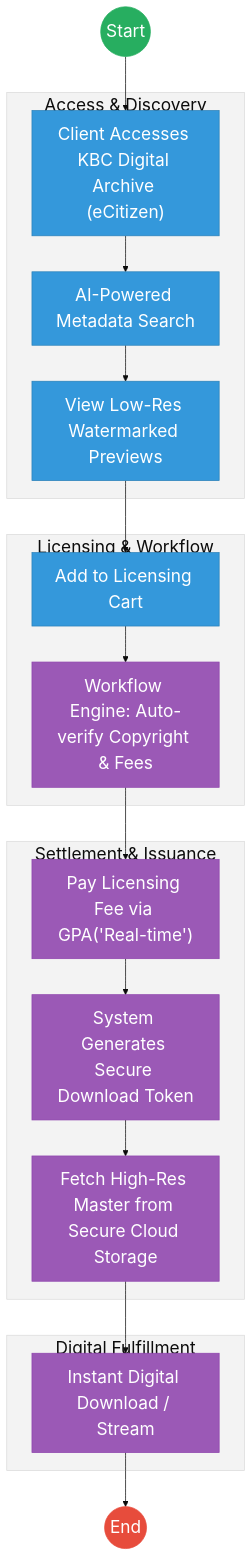
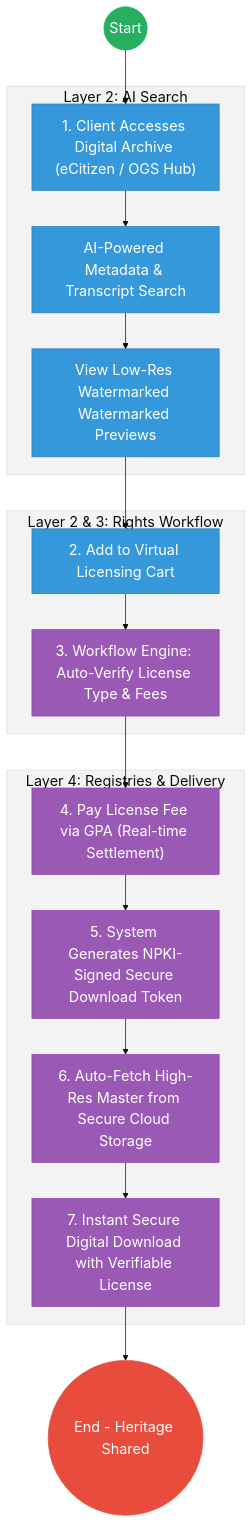
One commit to BITZ-IT-Consulting-LTD/ictapoc changed the second of 2 diagrams in mdas/docs_final/priority_mdas/Kenya_Broadcasting_Corporation___Service_Delivery.md. Above: the diagram before and after it, drawn with Mermaid. The commit also changed other lines of this file and 37 other files, not shown here.

````diff
--- a/mdas/docs_final/priority_mdas/Kenya_Broadcasting_Corporation___Service_Delivery.md
+++ b/mdas/docs_final/priority_mdas/Kenya_Broadcasting_Corporation___Service_Delivery.md
@@ -123,36 +111,34 @@
 ```mermaid
-%%{init: { 'theme': 'base', 'themeVariables': { 'fontSize': '24px', 'fontFamily': 'Inter, system-ui, sans-serif', 'primaryColor': '#ffffff', 'edgeLabelBackground':'#ffffff', 'tertiaryColor': '#f3f3f3', 'mainBkg': '#ffffff', 'nodeBorder': '#333333' } } }%%
-graph TD
-    Start((Start)) --> Portal["Client Accesses KBC Digital Archive (eCitizen)"]
+%%{init: { 'theme': 'base', 'themeVariables': { 'fontSize': '20px', 'fontFamily': 'Inter, system-ui, sans-serif', 'primaryColor': '#ffffff', 'edgeLabelBackground':'#ffffff', 'tertiaryColor': '#f3f3f3', 'mainBkg': '#ffffff', 'nodeBorder': '#333333' } } }%%
+flowchart TD
+    Start((Start)) --> Portal["1. Client Accesses Digital Archive (eCitizen / OGS Hub)"]
     
-    subgraph Layer1["Access & Discovery"]
-        Portal --> Search["AI-Powered Metadata Search"]
-        Search --> Preview["View Low-Res Watermarked Previews"]
+    subgraph Discovery_Hub["Layer 2: AI Search"]
+        Portal --> Search["AI-Powered Metadata & Transcript Search"]
+        Search --> Preview["View Low-Res Watermarked Watermarked Previews"]
     end
+
+    subgraph Trust_Hub["Layer 2 & 3: Rights Workflow"]
+        Preview --> Cart["2. Add to Virtual Licensing Cart"]
+        Cart --> Rules["3. Workflow Engine: Auto-Verify License Type & Fees"]
+    end
+
+    subgraph Settlement["Layer 4: Registries & Delivery"]
+        Rules --> GPA["4. Pay License Fee via GPA (Real-time Settlement)"]
+        GPA --> Token["5. System Generates NPKI-Signed Secure Download Token"]
+        Token --> Cloud["6. Auto-Fetch High-Res Master from Secure Cloud Storage"]
+        Cloud --> Download["7. Instant Secure Digital Download with Verifiable License"]
+    end
+
+    Download --> EndProcess(("End - Heritage Shared"))
+
+    classDef start fill:#27ae60,stroke:#27ae60,color:#fff,font-size:20px;;
+    classDef endNode fill:#e74c3c,stroke:#e74c3c,color:#fff,font-size:20px;;
+    classDef userTask fill:#3498db,stroke:#2980b9,color:#fff,font-size:20px;;
+    classDef serviceTask fill:#9b59b6,stroke:#8e44ad,color:#fff,font-size:20px;;
     
-    subgraph Layer2["Licensing & Workflow"]
-        Preview --> Cart["Add to Licensing Cart"]
-        Cart --> Rules["Workflow Engine: Auto-verify Copyright & Fees"]
-    end
-    
-    subgraph Layer4["Settlement & Issuance"]
-        Rules --> Pay["Pay Licensing Fee via GPA('Real-time')"]
-        Pay --> Token["System Generates Secure Download Token"]
-        Token --> Cloud["Fetch High-Res Master from Secure Cloud Storage"]
-    end
-    
-    subgraph Delivery["Digital Fulfillment"]
-        Cloud --> Delivery_App["Instant Digital Download / Stream"]
-    end
-    
-    Delivery_App --> End((End))
-
-    classDef start fill:#27ae60,stroke:#27ae60,color:#fff,font-size:24px,font-size:24px;;
-    classDef endNode fill:#e74c3c,stroke:#e74c3c,color:#fff,font-size:24px,font-size:24px;;
-    classDef userTask fill:#3498db,stroke:#2980b9,color:#fff,font-size:24px,font-size:24px;;
-    classDef serviceTask fill:#9b59b6,stroke:#8e44ad,color:#fff,font-size:24px,font-size:24px;;
     class Start start;
-    class End endNode;
+    class EndProcess endNode;
     class Portal,Search,Preview,Cart userTask;
-    class Rules,Pay,Token,Cloud,Delivery_App serviceTask;
+    class Rules,GPA,Token,Cloud,Download serviceTask;
 ```
````
